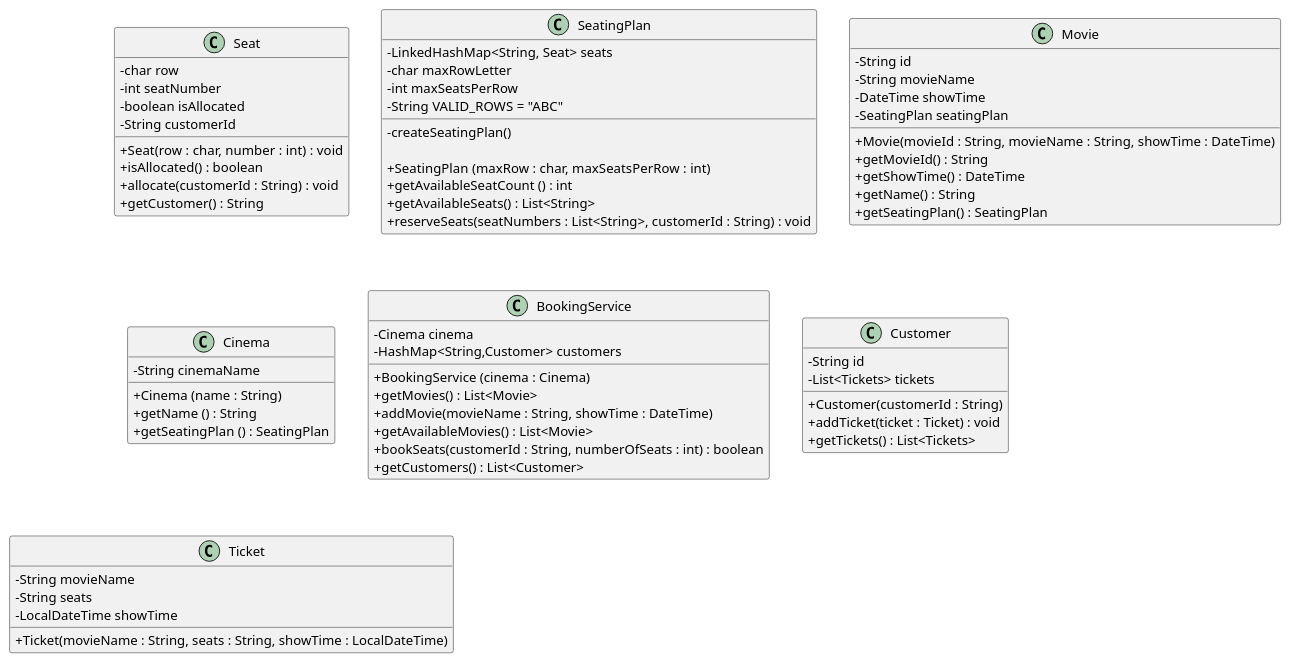
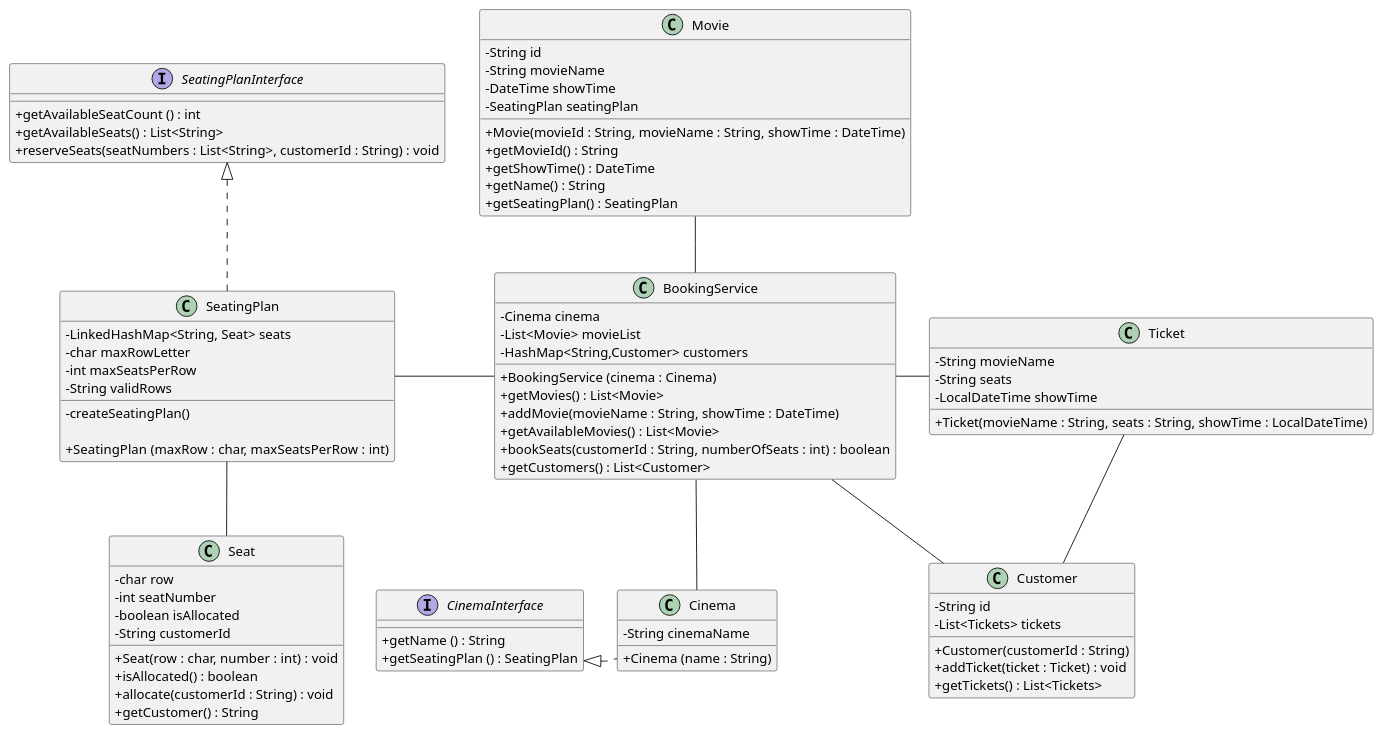
One commit to probert999/cinnamon-cinema changed the diagram in uml/CinnamonCinema.puml. Above: the diagram before and after it, drawn with PlantUML. The commit also changed 8 other files, not shown here.

Commit message:
Updated readme, uml and minor tidying of code

```diff
--- a/uml/CinnamonCinema.puml
+++ b/uml/CinnamonCinema.puml
@@ -1,81 +1,95 @@
 @startuml
 skinparam classAttributeIconSize 0
 
 class Seat {
     - char row
     - int seatNumber
     - boolean isAllocated
     - String customerId
 
     + Seat(row : char, number : int) : void
     + isAllocated() : boolean
     + allocate(customerId : String) : void
     + getCustomer() : String
 }
 
-class SeatingPlan {
+interface SeatingPlanInterface {
+    + getAvailableSeatCount () : int
+    + getAvailableSeats() : List<String>
+    + reserveSeats(seatNumbers : List<String>, customerId : String) : void
+}
+
+class SeatingPlan implements SeatingPlanInterface{
     - LinkedHashMap<String, Seat> seats
     - char maxRowLetter
     - int maxSeatsPerRow
-    - String VALID_ROWS = "ABC"
+    - String validRows
 
     - createSeatingPlan()
 
     + SeatingPlan (maxRow : char, maxSeatsPerRow : int)
-    + getAvailableSeatCount () : int
-    + getAvailableSeats() : List<String>
-    + reserveSeats(seatNumbers : List<String>, customerId : String) : void
 }
 
 class Movie {
     - String id
     - String movieName
     - DateTime showTime
     - SeatingPlan seatingPlan
 
     + Movie(movieId : String, movieName : String, showTime : DateTime)
     + getMovieId() : String
     + getShowTime() : DateTime
     + getName() : String
     + getSeatingPlan() : SeatingPlan
 }
 
-class Cinema {
-    - String cinemaName
-
-    + Cinema (name : String)
+interface CinemaInterface {
     + getName () : String
     + getSeatingPlan () : SeatingPlan
 }
 
+class Cinema implements CinemaInterface {
+    - String cinemaName
+
+    + Cinema (name : String)
+}
+
 class BookingService {
     - Cinema cinema
+    - List<Movie> movieList
     - HashMap<String,Customer> customers
 
     + BookingService (cinema : Cinema)
     + getMovies() : List<Movie>
     + addMovie(movieName : String, showTime : DateTime)
     + getAvailableMovies() : List<Movie>
     + bookSeats(customerId : String, numberOfSeats : int) : boolean
     + getCustomers() : List<Customer>
 }
 
 class Customer {
     - String id
     - List<Tickets> tickets
 
     + Customer(customerId : String)
     + addTicket(ticket : Ticket) : void
     + getTickets() : List<Tickets>
 }
 
 class Ticket {
     - String movieName
     - String seats
     - LocalDateTime showTime
 
     + Ticket(movieName : String, seats : String, showTime : LocalDateTime)
-    }
+}
 
-
+BookingService -left- SeatingPlan
+BookingService -up- Movie
+BookingService -down- Cinema
+BookingService -right- Ticket
+BookingService - Customer
+SeatingPlan -down- Seat
+Ticket -down- Customer
+CinemaInterface -right[hidden]- Cinema
 @enduml
```
